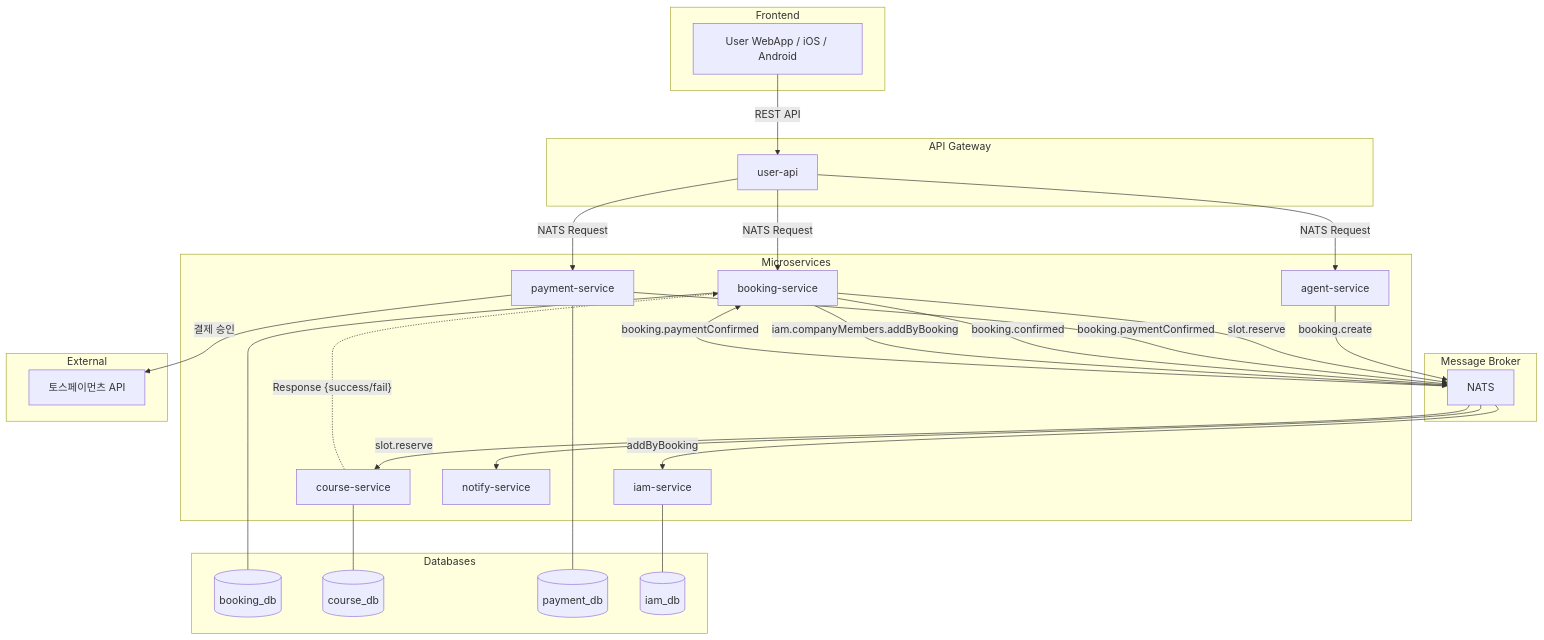
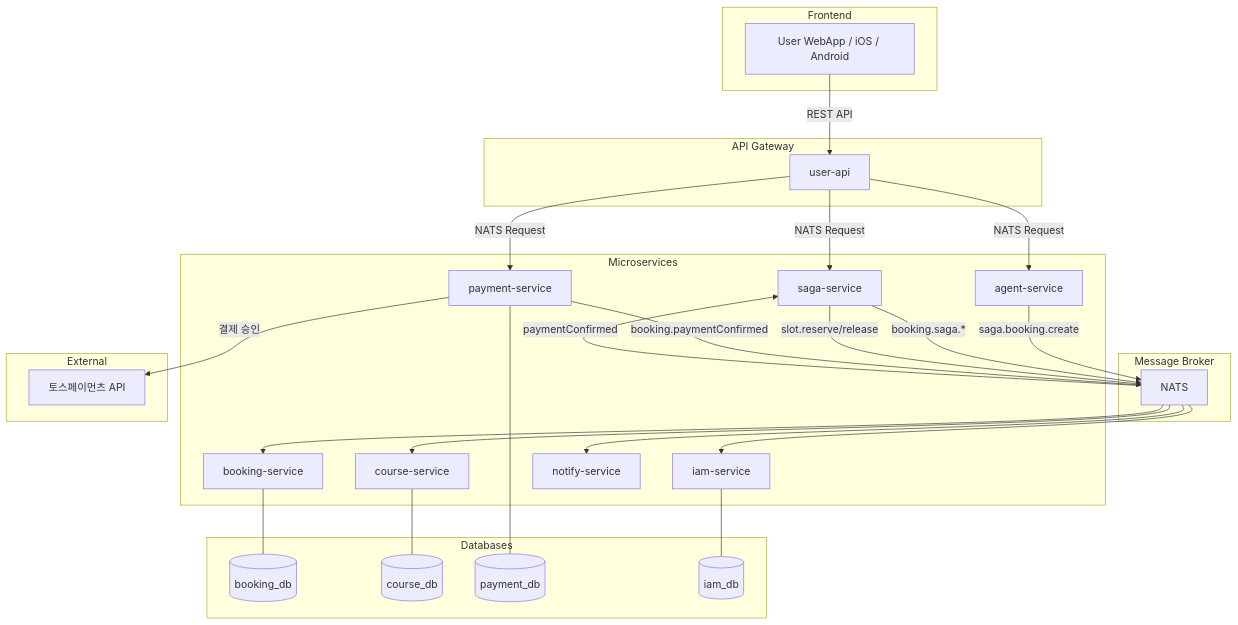
Before and after one commit to uniyous/parkgolf-platform: the first of 15 diagrams in docs/workflow/BOOKING.md, drawn with Mermaid. The commit also changed other lines of this file and 9 other files, not shown here.

First line of the commit message:
docs: saga-service 독립 분리에 따른 아키텍처/워크플로우 문서 현행화

````diff
--- a/docs/workflow/BOOKING.md
+++ b/docs/workflow/BOOKING.md
@@ -61,54 +64,51 @@
 ```mermaid
 flowchart TB
     subgraph "Frontend"
         A[User WebApp / iOS / Android]
     end
 
     subgraph "API Gateway"
         B[user-api]
     end
 
     subgraph "Microservices"
+        SAGA[saga-service]
         C[booking-service]
         D[course-service]
         P[payment-service]
         IAM[iam-service]
         E[notify-service]
         AG[agent-service]
     end
 
     subgraph "Message Broker"
         NATS[NATS]
     end
 
     subgraph "Databases"
         F[(booking_db)]
         G[(course_db)]
         H[(payment_db)]
         I[(iam_db)]
     end
 
     subgraph "External"
         TOSS[토스페이먼츠 API]
     end
 
     A -->|REST API| B
-    B -->|NATS Request| C
+    B -->|NATS Request| SAGA
     B -->|NATS Request| P
     B -->|NATS Request| AG
-    AG -->|booking.create| NATS
-    C -->|slot.reserve| NATS
-    NATS -->|slot.reserve| D
-    D -.->|"Response {success/fail}"| C
+    AG -->|saga.booking.create| NATS
+    SAGA -->|booking.saga.*| NATS
+    SAGA -->|slot.reserve/release| NATS
+    NATS --> C & D & E & IAM
     P -->|booking.paymentConfirmed| NATS
-    NATS -->|booking.paymentConfirmed| C
-    C -->|booking.confirmed| NATS
-    C -->|iam.companyMembers.addByBooking| NATS
-    NATS --> E
-    NATS -->|addByBooking| IAM
+    NATS -->|paymentConfirmed| SAGA
     P -->|결제 승인| TOSS
     C --- F
     D --- G
     P --- H
     IAM --- I
 ```
````
